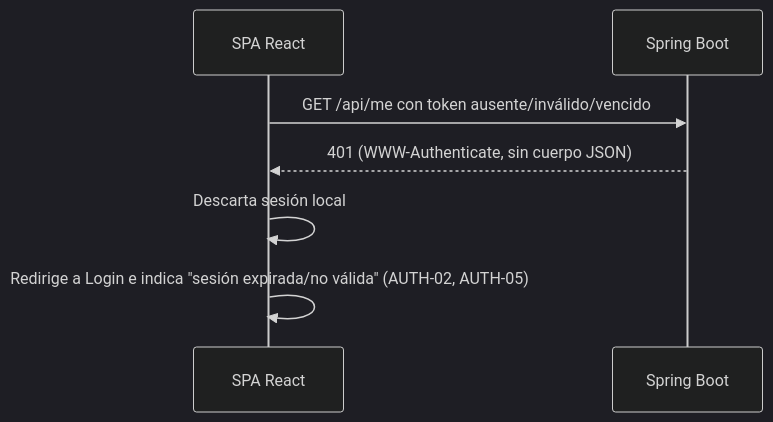
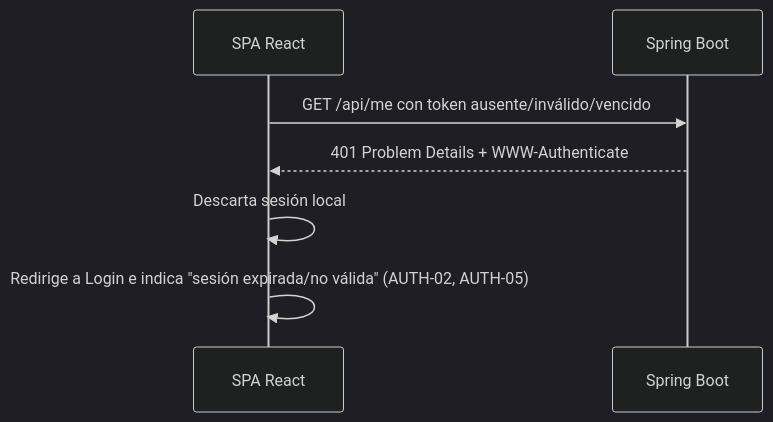
One commit to SebastianUD/arise-corp changed the third of 3 diagrams in .kiro/specs/001-foundation/design.md. Above: the diagram before and after it, drawn with Mermaid (dark theme). The commit also changed other lines of this file and 11 other files, not shown here.

````diff
--- a/.kiro/specs/001-foundation/design.md
+++ b/.kiro/specs/001-foundation/design.md
@@ -102,10 +101,10 @@
 ```mermaid
 sequenceDiagram
     participant FE as SPA React
     participant API as Spring Boot
 
     FE->>API: GET /api/me con token ausente/inválido/vencido
-    API-->>FE: 401 (WWW-Authenticate, sin cuerpo JSON)
+    API-->>FE: 401 Problem Details + WWW-Authenticate
     FE->>FE: Descarta sesión local
     FE->>FE: Redirige a Login e indica "sesión expirada/no válida" (AUTH-02, AUTH-05)
 ```
````
